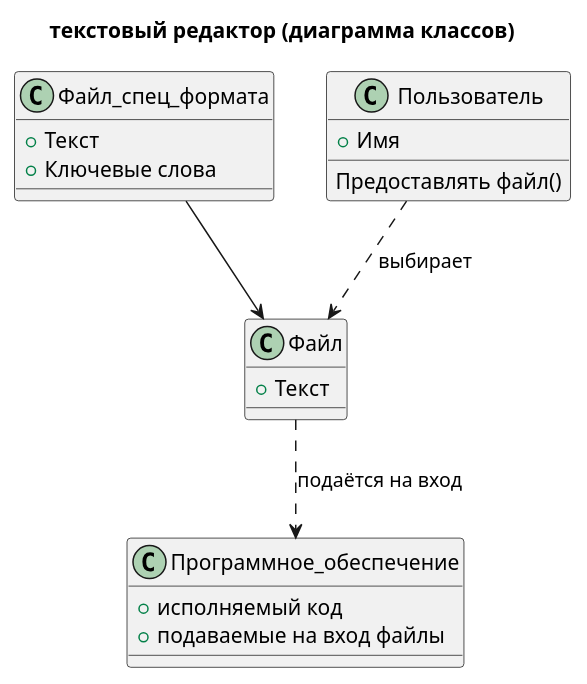
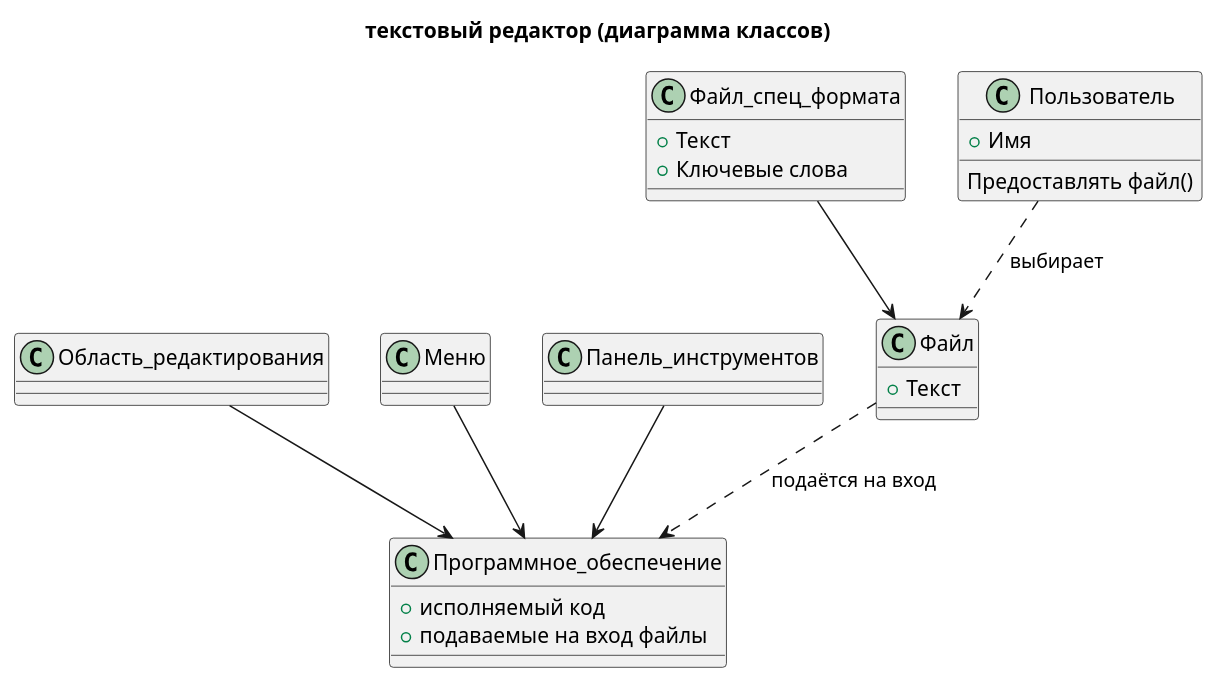
One commit to PolyanskayaP/TMP_6sem changed the second of 2 diagrams in pr1.puml. Above: the diagram before and after it, drawn with PlantUML.

Commit message:
д классов в процессе

```diff
--- a/pr1.puml
+++ b/pr1.puml
@@ -32,24 +32,38 @@
 @startuml
 title текстовый редактор (диаграмма классов) 
 class Файл{
 +Текст
 }
 class Файл_спец_формата{
 +Текст
 +Ключевые слова
 }
 class Пользователь{
 +Имя
 Предоставлять файл()
 }
 
 class Программное_обеспечение{
 +исполняемый код
 +подаваемые на вход файлы
 }
 
+class Область_редактирования{
+
+}
+
+class Меню{
+
+}
+
+class Панель_инструментов{
+
+}
+
 Файл_спец_формата --> Файл
 Пользователь ..> Файл: выбирает
 Файл ..> Программное_обеспечение: подаётся на вход
-
+Область_редактирования --> Программное_обеспечение
+Меню --> Программное_обеспечение
+Панель_инструментов --> Программное_обеспечение
 @enduml 
```
